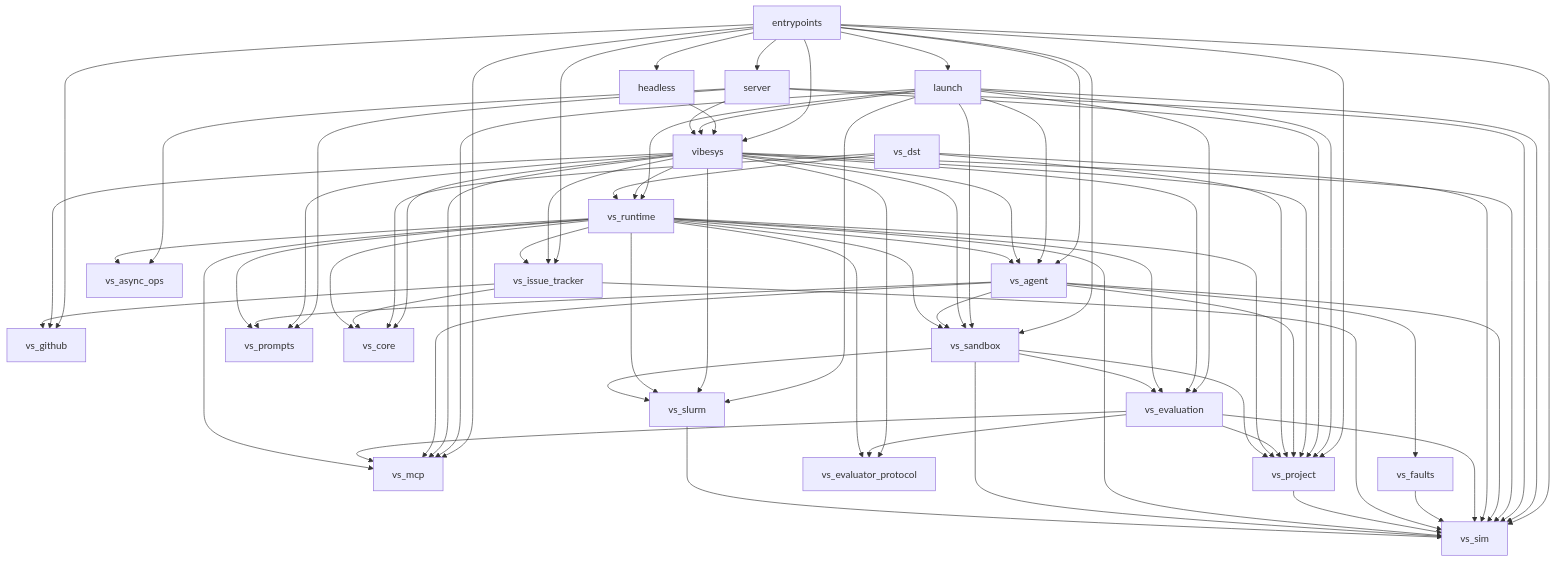
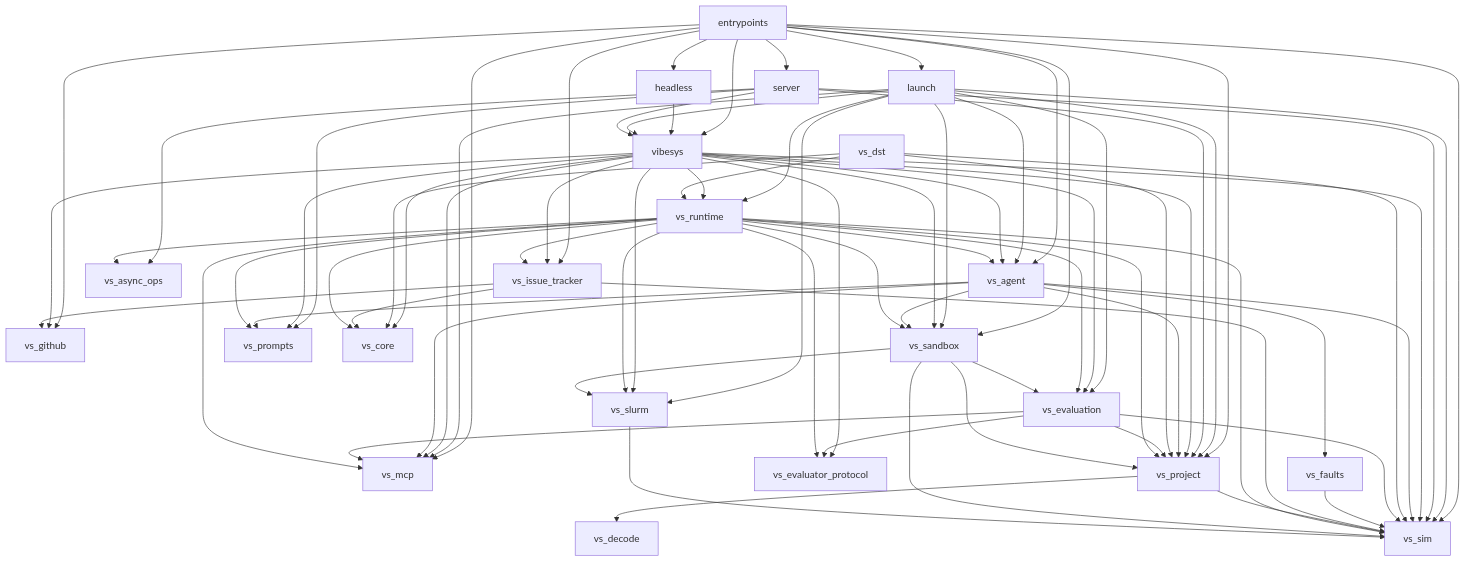
The diagram in docs/contributing/architecture.md (6Mikao9/vibesys), drawn with Mermaid before and after one commit. The commit also changed 22 other files, not shown here.

````diff
--- a/docs/contributing/architecture.md
+++ b/docs/contributing/architecture.md
@@ -128,78 +128,79 @@
 ```mermaid
 graph TD
     entrypoints --> headless
     entrypoints --> launch
     entrypoints --> server
     entrypoints --> vibesys
     entrypoints --> vs_agent
     entrypoints --> vs_github
     entrypoints --> vs_issue_tracker
     entrypoints --> vs_mcp
     entrypoints --> vs_project
     entrypoints --> vs_sandbox
     entrypoints --> vs_sim
     headless --> vibesys
     launch --> vibesys
     launch --> vs_agent
     launch --> vs_evaluation
     launch --> vs_mcp
     launch --> vs_project
     launch --> vs_runtime
     launch --> vs_sandbox
     launch --> vs_sim
     launch --> vs_slurm
     server --> vibesys
     server --> vs_async_ops
     server --> vs_project
     server --> vs_prompts
     server --> vs_sim
     vibesys --> vs_agent
     vibesys --> vs_core
     vibesys --> vs_evaluation
     vibesys --> vs_evaluator_protocol
     vibesys --> vs_github
     vibesys --> vs_issue_tracker
     vibesys --> vs_mcp
     vibesys --> vs_project
     vibesys --> vs_prompts
     vibesys --> vs_runtime
     vibesys --> vs_sandbox
     vibesys --> vs_sim
     vibesys --> vs_slurm
     vs_agent --> vs_faults
     vs_agent --> vs_mcp
     vs_agent --> vs_project
     vs_agent --> vs_prompts
     vs_agent --> vs_sandbox
     vs_agent --> vs_sim
     vs_dst --> vs_core
     vs_dst --> vs_project
     vs_dst --> vs_runtime
     vs_dst --> vs_sim
     vs_evaluation --> vs_evaluator_protocol
     vs_evaluation --> vs_mcp
     vs_evaluation --> vs_project
     vs_evaluation --> vs_sim
     vs_faults --> vs_sim
     vs_issue_tracker --> vs_core
     vs_issue_tracker --> vs_github
     vs_issue_tracker --> vs_sim
+    vs_project --> vs_decode
     vs_project --> vs_sim
     vs_runtime --> vs_agent
     vs_runtime --> vs_async_ops
     vs_runtime --> vs_core
     vs_runtime --> vs_evaluation
     vs_runtime --> vs_evaluator_protocol
     vs_runtime --> vs_issue_tracker
     vs_runtime --> vs_mcp
     vs_runtime --> vs_project
     vs_runtime --> vs_prompts
     vs_runtime --> vs_sandbox
     vs_runtime --> vs_sim
     vs_runtime --> vs_slurm
     vs_sandbox --> vs_evaluation
     vs_sandbox --> vs_project
     vs_sandbox --> vs_sim
     vs_sandbox --> vs_slurm
     vs_slurm --> vs_sim
 ```
````
